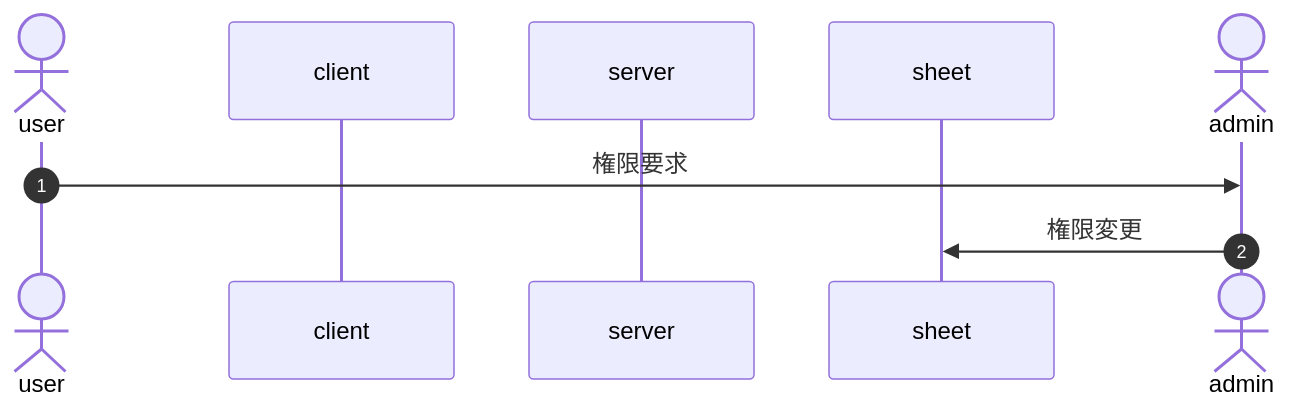
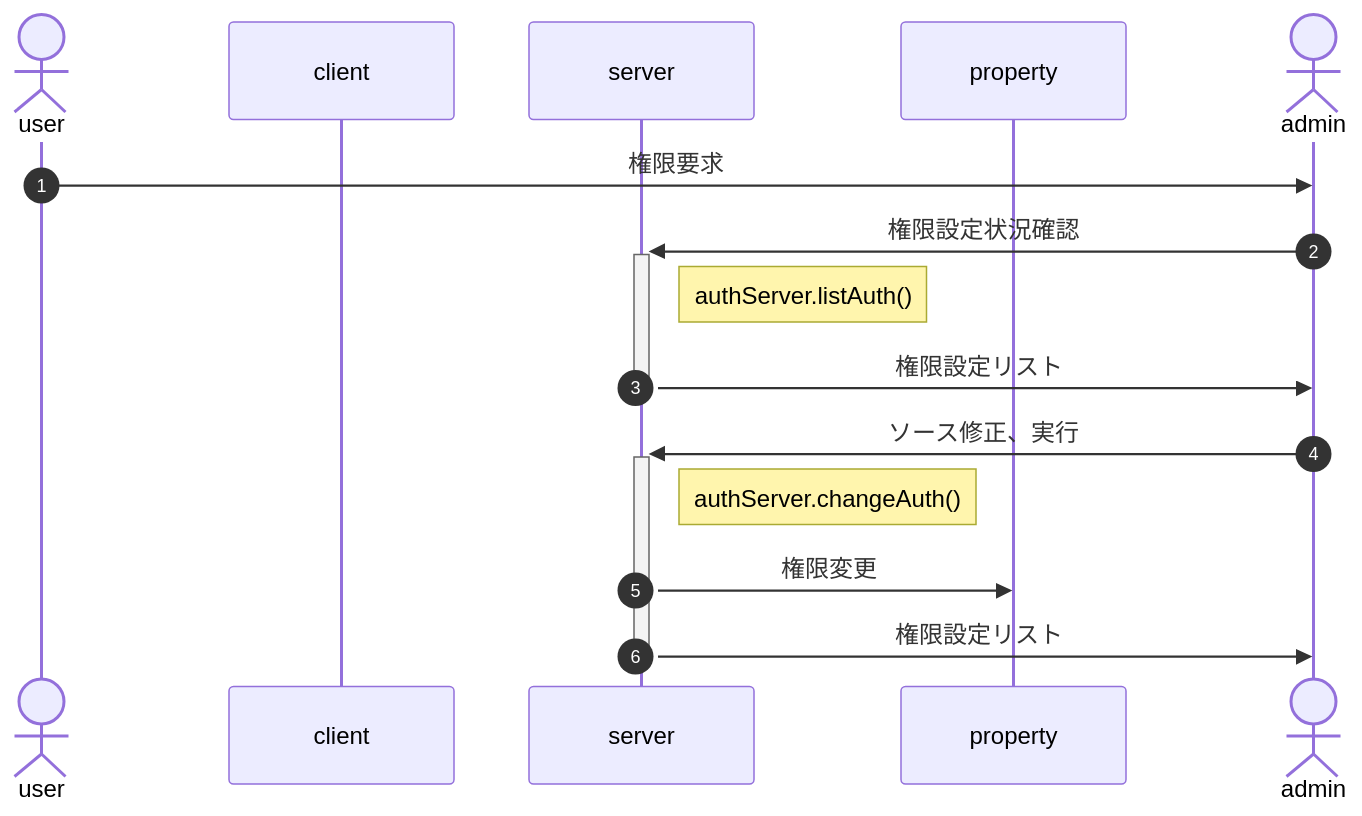
One commit to nakaone/library changed the diagram in Auth/2.0.0/doc/permit.md. Above: the diagram before and after it, drawn with Mermaid. The commit also changed other lines of this file and 6 other files, not shown here.

````diff
--- a/Auth/2.0.0/doc/permit.md
+++ b/Auth/2.0.0/doc/permit.md
@@ -5,12 +5,18 @@
 ```mermaid
 sequenceDiagram
   autonumber
   actor user
   participant client
   participant server
-  participant sheet
+  participant property
   actor admin
 
   user ->> admin : 権限要求
-  admin ->> sheet : 権限変更
+  admin ->>+ server : 権限設定状況確認
+  Note right of server : authServer.listAuth()
+  server ->>- admin : 権限設定リスト
+  admin ->>+ server : ソース修正、実行
+  Note right of server : authServer.changeAuth()
+  server ->> property : 権限変更
+  server ->>- admin : 権限設定リスト
 ```
````
